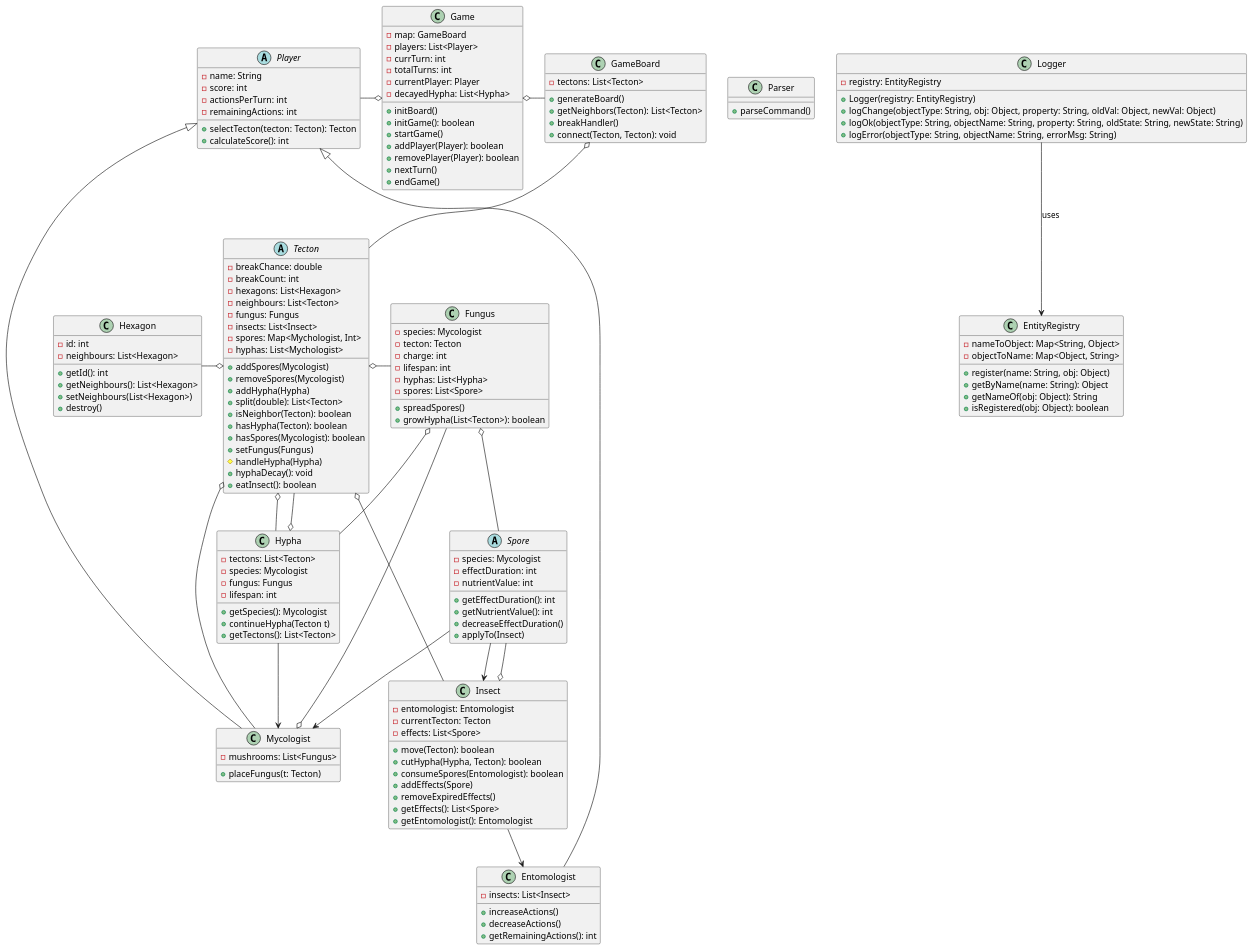
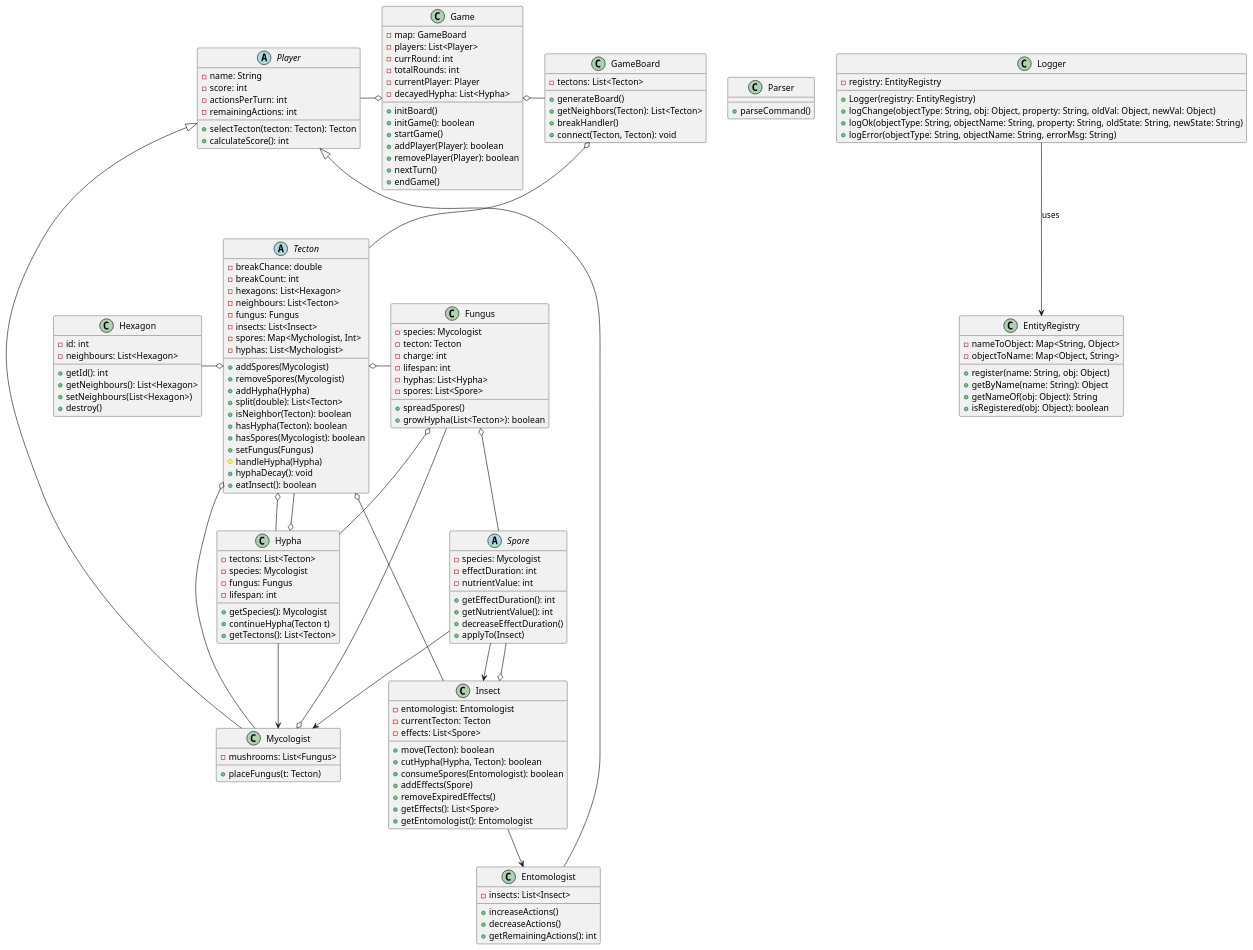
Before and after one commit to hujberhunor/SzomiSztegoProjlab: the diagram in docs/Class/class.puml, drawn with PlantUML. The commit also changed 5 other files, not shown here.

Commit message:
A currTurn és totalTurns változók átnevezése minden file-ban.

```diff
--- a/docs/Class/class.puml
+++ b/docs/Class/class.puml
@@ -1,182 +1,182 @@
 @startuml
 
 ' NEM SZEREPELNEK BENNE: (HOGY ÁTLÁTHATÓBB LEGYEN)
 '   LESZÁRMAZOTTAK
 '   COMMANDOK
 
 ' MEGJEGYZÉSEK
 ' --> : használja, de nem tartalmazza '
 
 ' ===== Alap játékosok és szereplők =====
 
 abstract class Player {
     - name: String
     - score: int
     - actionsPerTurn: int
     - remainingActions: int
     + selectTecton(tecton: Tecton): Tecton
     + calculateScore(): int
 }
 
 
 class Entomologist extends Player{
     - insects: List<Insect>
     + increaseActions()
     + decreaseActions()
     + getRemainingActions(): int
 }
 
 
 class Mycologist extends Player{
     - mushrooms: List<Fungus>
     + placeFungus(t: Tecton)
 }
 
 ' ===== Térképelemek és logika =====
 abstract class Tecton {
     - breakChance: double
     - breakCount: int
     - hexagons: List<Hexagon>
     - neighbours: List<Tecton>
     - fungus: Fungus
     - insects: List<Insect>
     - spores: Map<Mychologist, Int>
     - hyphas: List<Mychologist>
     + addSpores(Mycologist)
     + removeSpores(Mycologist)
     + addHypha(Hypha)
     + split(double): List<Tecton>
     + isNeighbor(Tecton): boolean
     + hasHypha(Tecton): boolean
     + hasSpores(Mycologist): boolean
     + setFungus(Fungus)
     # handleHypha(Hypha)
     + hyphaDecay(): void
     + eatInsect(): boolean
 }
 
 class Hexagon {
     - id: int
     - neighbours: List<Hexagon>
     + getId(): int
     + getNeighbours(): List<Hexagon>
     + setNeighbours(List<Hexagon>)
     + destroy()
 }
 
 class Hypha {
     - tectons: List<Tecton>
     - species: Mycologist
     - fungus: Fungus
     - lifespan: int 
     + getSpecies(): Mycologist
     + continueHypha(Tecton t)
     + getTectons(): List<Tecton>
 }
 
 class Fungus {
     - species: Mycologist
     - tecton: Tecton
     - charge: int
     - lifespan: int
     - hyphas: List<Hypha>
     - spores: List<Spore>
     + spreadSpores()
     + growHypha(List<Tecton>): boolean
 }
 
 ' ===== Spórák és hatásaik =====
 abstract class Spore {
     - species: Mycologist
     - effectDuration: int
     - nutrientValue: int
     + getEffectDuration(): int
     + getNutrientValue(): int
     + decreaseEffectDuration()
     + applyTo(Insect)
 }
 
 ' ===== Insect logika =====
 class Insect {
     - entomologist: Entomologist
     - currentTecton: Tecton
     - effects: List<Spore>
     + move(Tecton): boolean
     + cutHypha(Hypha, Tecton): boolean
     + consumeSpores(Entomologist): boolean
     + addEffects(Spore)
     + removeExpiredEffects()
     + getEffects(): List<Spore>
     + getEntomologist(): Entomologist
 }
 
 ' ===== Game engine =====
 class GameBoard {
     - tectons: List<Tecton>
     + generateBoard()
     + getNeighbors(Tecton): List<Tecton>
     + breakHandler()
     + connect(Tecton, Tecton): void
 }
 
 class Game {
     - map: GameBoard
     - players: List<Player>
-    - currTurn: int
-    - totalTurns: int
+    - currRound: int
+    - totalRounds: int
     - currentPlayer: Player
     - decayedHypha: List<Hypha>
     + initBoard()
     + initGame(): boolean
     + startGame()
     + addPlayer(Player): boolean
     + removePlayer(Player): boolean
     + nextTurn()
     + endGame()
 }
 
 ' ===== UTIL =====
 class Parser{
     + parseCommand()
 }
 
 class Logger {
     - registry: EntityRegistry
     + Logger(registry: EntityRegistry)
     + logChange(objectType: String, obj: Object, property: String, oldVal: Object, newVal: Object)
     + logOk(objectType: String, objectName: String, property: String, oldState: String, newState: String)
     + logError(objectType: String, objectName: String, errorMsg: String)
 }
 
 class EntityRegistry {
     - nameToObject: Map<String, Object>
     - objectToName: Map<Object, String>
     + register(name: String, obj: Object)
     + getByName(name: String): Object
     + getNameOf(obj: Object): String
     + isRegistered(obj: Object): boolean
 }
 
 Logger --> EntityRegistry : uses
 
 ' ===== Kapcsolatok =====
 Game o-r- GameBoard
 Game o-l- Player
 GameBoard o-- Tecton
 Tecton o-l- Hexagon
 Tecton o-- Hypha
 Tecton o-- Insect
 Tecton o-r- Fungus
 Tecton o-- Mycologist
 Insect o-- Spore
 Insect --> Entomologist
 Mycologist o-- Fungus
 Fungus o-- Hypha
 Fungus o-- Spore
 Spore --> Insect
 Spore --> Mycologist
 Hypha o-- Tecton
 Hypha --> Mycologist
 
 
 @enduml
```
